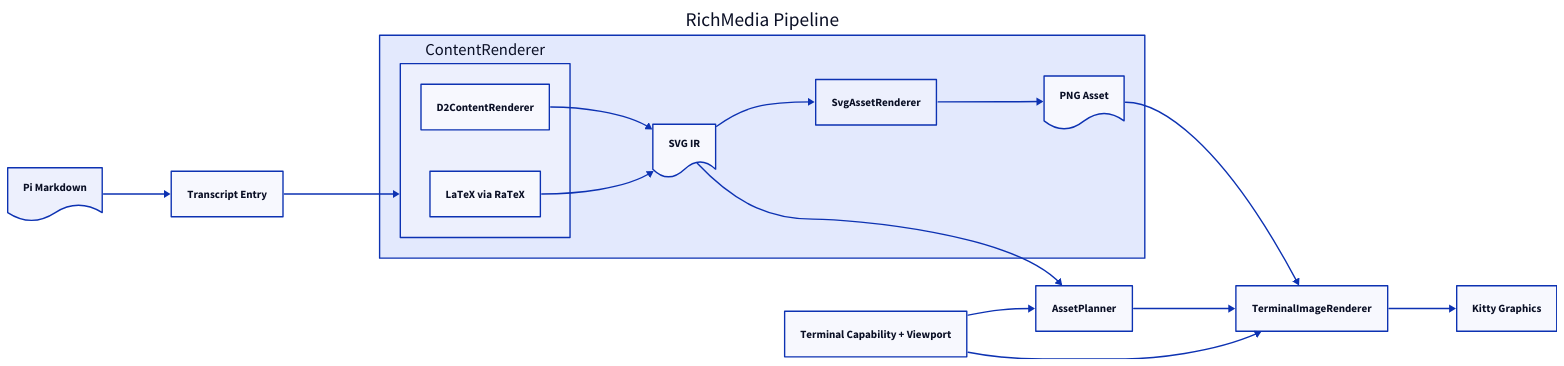
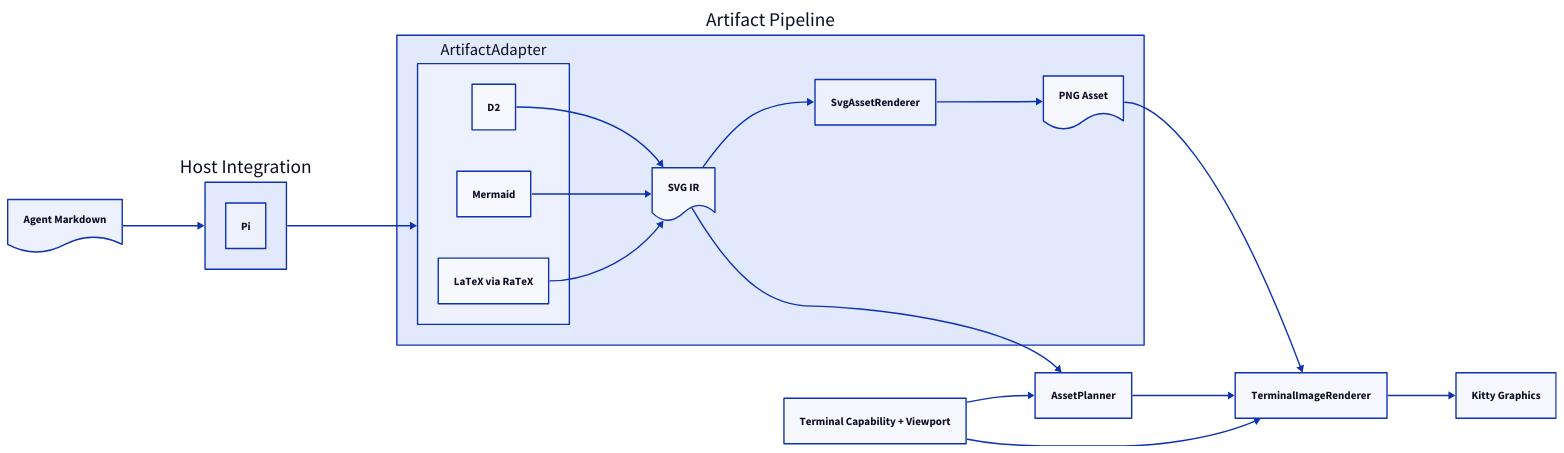
The diagram in README.md (yanyaoer/pi-inline-viz), drawn with D2 before and after one commit. The commit also changed other lines of this file and 29 other files, not shown here.

Commit message:
feat(core): add artifact adapters and Mermaid rendering

````diff
--- a/README.md
+++ b/README.md
@@ -14,43 +14,47 @@
 ```d2
 direction: right
 
-markdown: Pi Markdown {
+markdown: Agent Markdown {
   shape: document
 }
-entry: Transcript Entry
-pipeline: RichMedia Pipeline {
+host: Host Integration {
+  pi: Pi
+}
+pipeline: Artifact Pipeline {
   direction: down
-  content: ContentRenderer {
+  adapter: ArtifactAdapter {
     direction: down
-    d2: D2ContentRenderer
+    d2: D2
+    mermaid: Mermaid
     latex: LaTeX via RaTeX
   }
   svg: SVG IR {
     shape: document
   }
   asset: AssetRenderer {
     label: SvgAssetRenderer
   }
   png: PNG Asset {
     shape: document
   }
 
-  content.d2 -> svg
-  content.latex -> svg
+  adapter.d2 -> svg
+  adapter.mermaid -> svg
+  adapter.latex -> svg
   svg -> asset -> png
 }
 planner: AssetPlanner
 terminal: TerminalRenderer {
   label: TerminalImageRenderer
 }
 environment: Terminal Capability + Viewport
 kitty: Kitty Graphics
 
-markdown -> entry -> pipeline.content
+markdown -> host -> pipeline.adapter
 pipeline.svg -> planner
 environment -> planner
 planner -> terminal
 pipeline.png -> terminal
 environment -> terminal
 terminal -> kitty
 ```
````
